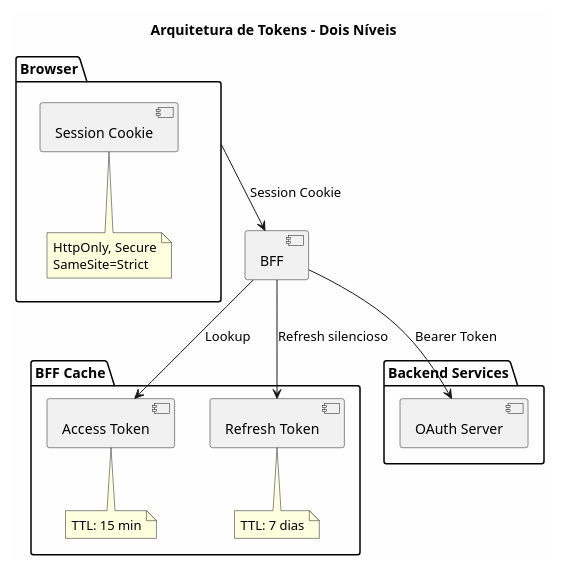
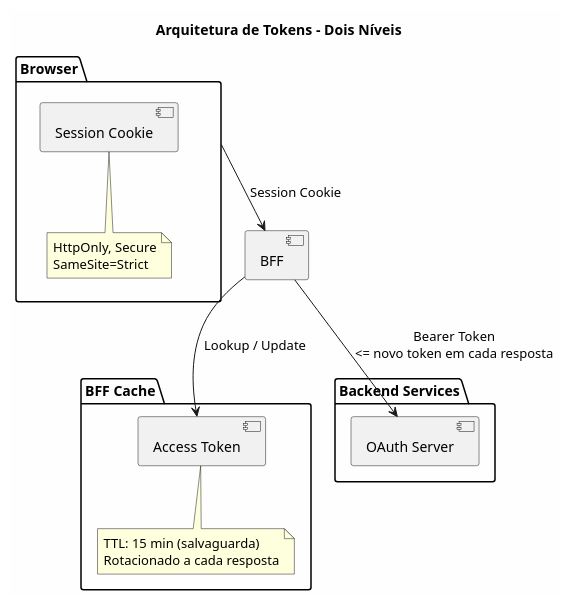
Before and after one commit to beduardo/novobanco_website_doc: the fifth of 5 diagrams in project/sections/SEC-07-autenticacao-autorizacao.md, drawn with PlantUML. The commit also changed other lines of this file and 12 other files, not shown here.

````diff
--- a/project/sections/SEC-07-autenticacao-autorizacao.md
+++ b/project/sections/SEC-07-autenticacao-autorizacao.md
@@ -303,32 +302,32 @@
 ```plantuml
 @startuml
 skinparam backgroundColor #FEFEFE
 
 title Arquitetura de Tokens - Dois Níveis
 
 package "Browser" {
     [Session Cookie] as SC
     note bottom of SC
         HttpOnly, Secure
         SameSite=Strict
     end note
 }
 
 package "BFF Cache" {
     [Access Token] as AT
-    [Refresh Token] as RT
-    note bottom of AT : TTL: 15 min
-    note bottom of RT : TTL: 7 dias
+    note bottom of AT
+        TTL: 15 min (salvaguarda)
+        Rotacionado a cada resposta
+    end note
 }
 
 package "Backend Services" {
     [OAuth Server] as OAUTH
 }
 
 [Browser] --> [BFF] : Session Cookie
-[BFF] --> AT : Lookup
-[BFF] --> RT : Refresh silencioso
-[BFF] --> OAUTH : Bearer Token
+[BFF] --> AT : Lookup / Update
+[BFF] --> OAUTH : Bearer Token\n<= novo token em cada resposta
 
 @enduml
 ```
````
